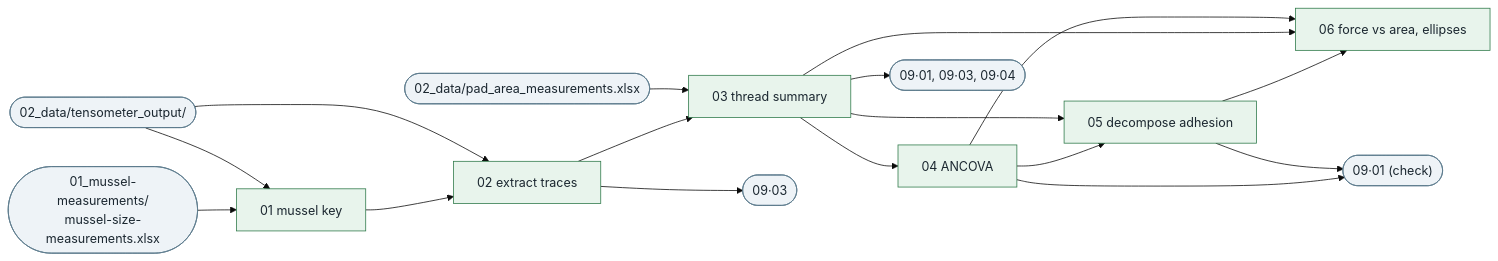
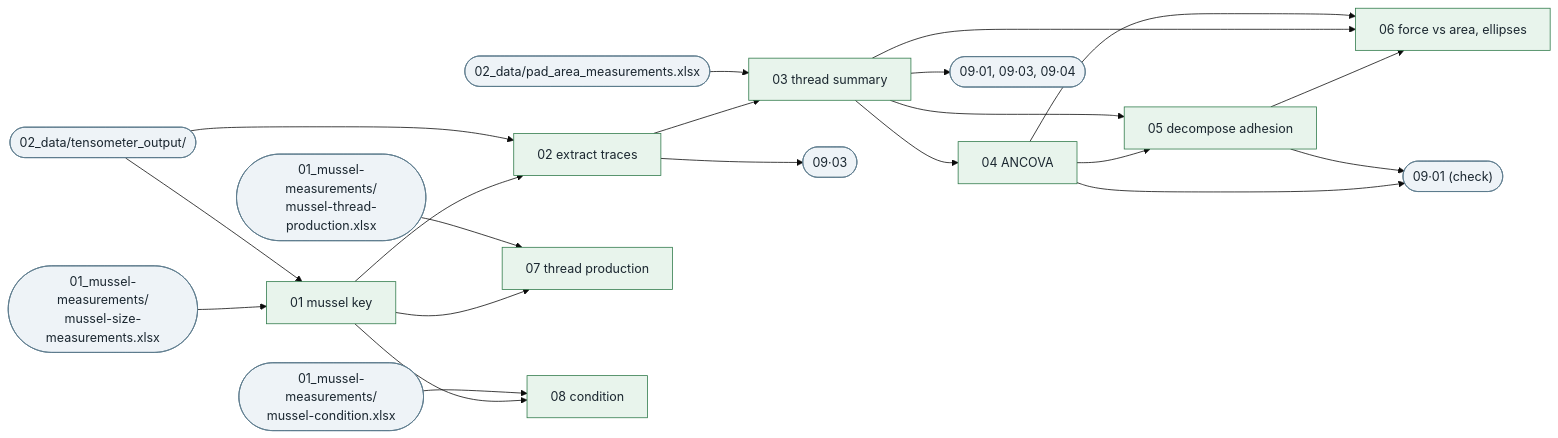
The second of 9 diagrams in README.md (mattgeorgephd/PSMFC-mytilus-byssus-pilot), drawn with Mermaid (base theme) before and after one commit. The commit also changed other lines of this file and 10 other files, not shown here.

First line of the commit message:
02 steps 07 and 08: thread production and condition for M. trossulus

````diff
--- a/README.md
+++ b/README.md
@@ -208,23 +208,29 @@
 ```mermaid
 flowchart LR
   meas(["01_mussel-measurements/<br>mussel-size-measurements.xlsx"])
+  prod(["01_mussel-measurements/<br>mussel-thread-production.xlsx"])
+  cond(["01_mussel-measurements/<br>mussel-condition.xlsx"])
   tens(["02_data/tensometer_output/"])
   pad(["02_data/pad_area_measurements.xlsx"])
   t1["01 mussel key"] --> t2["02 extract traces"] --> t3["03 thread summary"] --> t4["04 ANCOVA"] --> t5["05 decompose adhesion"]
   t3 --> t5
   t5 --> t6["06 force vs area, ellipses"]
   t3 --> t6
   t4 --> t6
+  t1 --> t7["07 thread production"]
+  t1 --> t8["08 condition"]
+  prod --> t7
+  cond --> t8
   meas --> t1
   tens --> t1
   tens --> t2
   pad --> t3
   t3 --> o9(["09·01, 09·03, 09·04"])
   t2 --> o93(["09·03"])
   t4 --> o91(["09·01 (check)"])
   t5 --> o91
   classDef ext fill:#eef3f7,stroke:#5b7a8c,color:#1b2730
   classDef run fill:#e8f4ec,stroke:#2f7a4a,color:#1b2730
-  class meas,tens,pad,o9,o93,o91 ext
-  class t1,t2,t3,t4,t5,t6 run
+  class meas,prod,cond,tens,pad,o9,o93,o91 ext
+  class t1,t2,t3,t4,t5,t6,t7,t8 run
 ```
````
